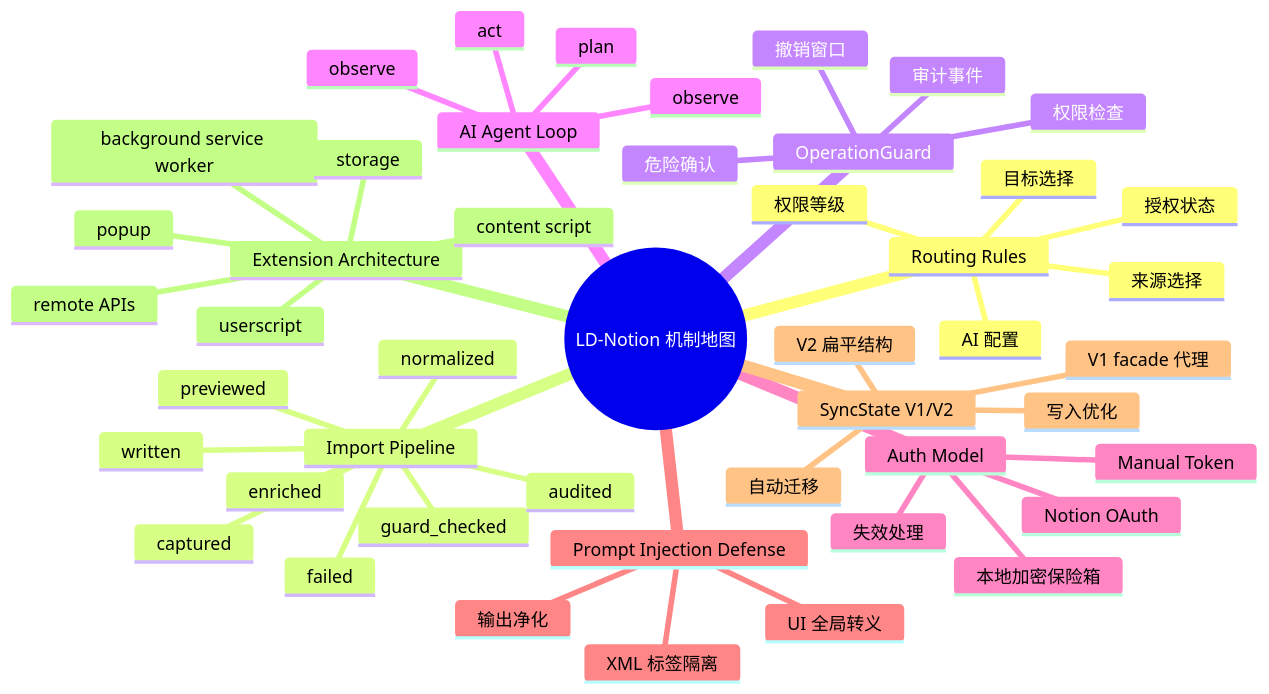
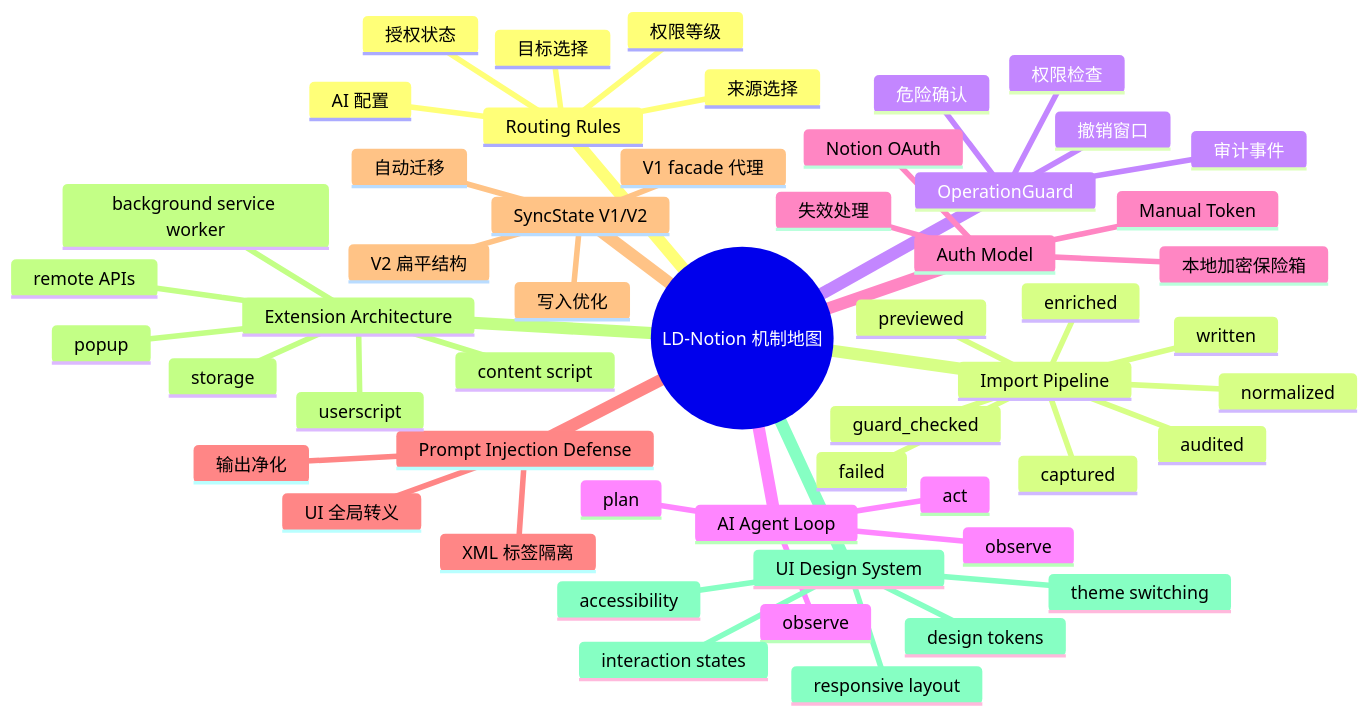
The diagram in docs/concepts/index.md (Smith-106/LD-Notion), drawn with Mermaid before and after one commit. The commit also changed other lines of this file and 4 other files, not shown here.

````diff
--- a/docs/concepts/index.md
+++ b/docs/concepts/index.md
@@ -7,50 +7,56 @@
 ```mermaid
 mindmap
   root((LD-Notion 机制地图))
     Routing Rules
       来源选择
       目标选择
       授权状态
       AI 配置
       权限等级
     Import Pipeline
       captured
       normalized
       guard_checked
       enriched
       previewed
       written
       audited
       failed
     OperationGuard
       权限检查
       危险确认
       审计事件
       撤销窗口
     AI Agent Loop
       observe
       plan
       act
       observe
     Auth Model
       Notion OAuth
       Manual Token
       本地加密保险箱
       失效处理
     Prompt Injection Defense
       XML 标签隔离
       输出净化
       UI 全局转义
     SyncState V1/V2
       V2 扁平结构
       V1 facade 代理
       自动迁移
       写入优化
     Extension Architecture
       userscript
       content script
       background service worker
       popup
       storage
       remote APIs
+    UI Design System
+      design tokens
+      theme switching
+      interaction states
+      accessibility
+      responsive layout
 ```
````
